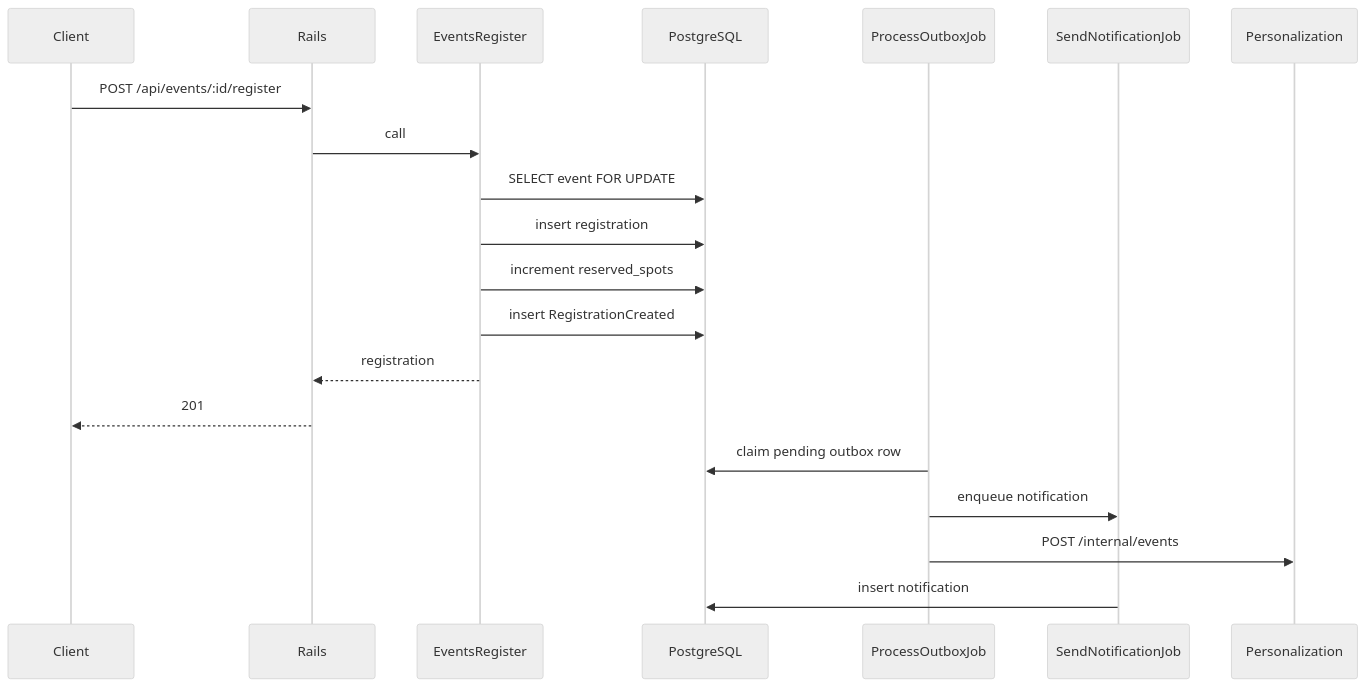
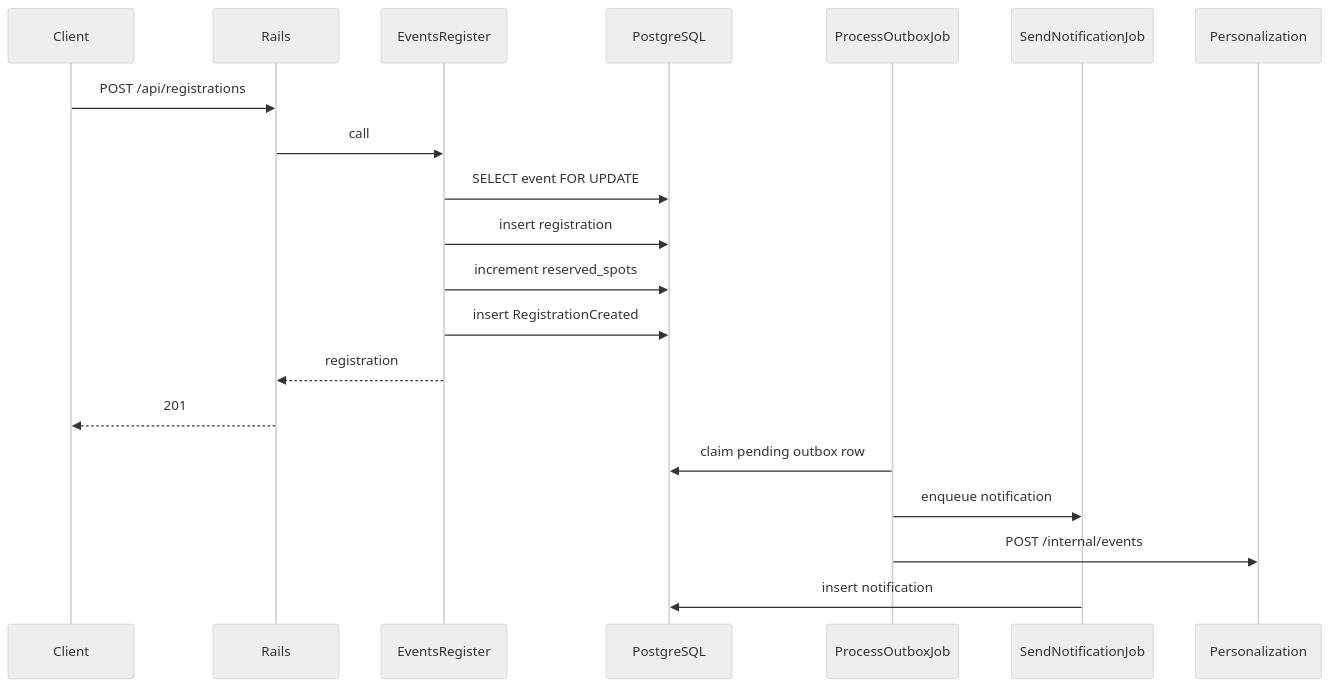
The diagram in docs/registration-flow.md (aleksandarpetrushev/myforum-clone), drawn with Mermaid (neutral theme) before and after one commit. The commit also changed other lines of this file and 30 other files, not shown here.

````diff
--- a/docs/registration-flow.md
+++ b/docs/registration-flow.md
@@ -5,23 +5,23 @@
 ```mermaid
 sequenceDiagram
   participant Client
   participant Rails
   participant Service as EventsRegister
   participant DB as PostgreSQL
   participant Job as ProcessOutboxJob
   participant Notify as SendNotificationJob
   participant Go as Personalization
 
-  Client->>Rails: POST /api/events/:id/register
+  Client->>Rails: POST /api/registrations
   Rails->>Service: call
   Service->>DB: SELECT event FOR UPDATE
   Service->>DB: insert registration
   Service->>DB: increment reserved_spots
   Service->>DB: insert RegistrationCreated
   Service-->>Rails: registration
   Rails-->>Client: 201
   Job->>DB: claim pending outbox row
   Job->>Notify: enqueue notification
   Job->>Go: POST /internal/events
   Notify->>DB: insert notification
 ```
````
